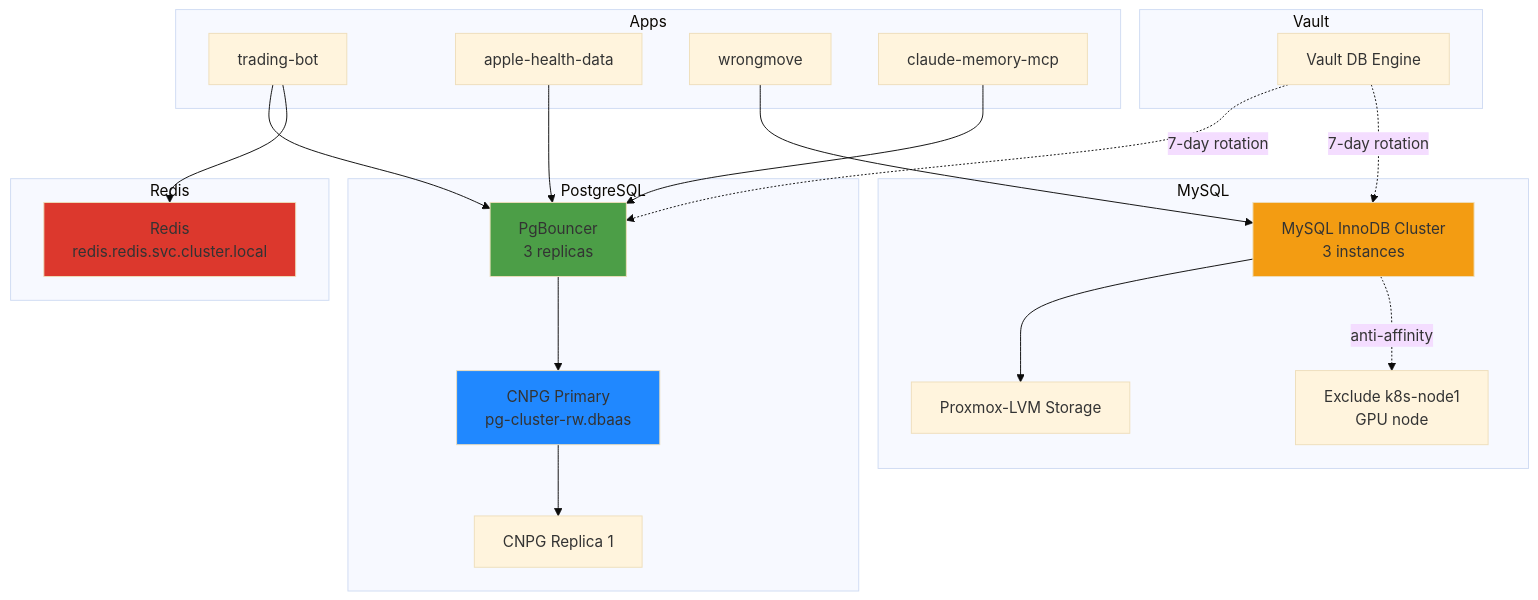
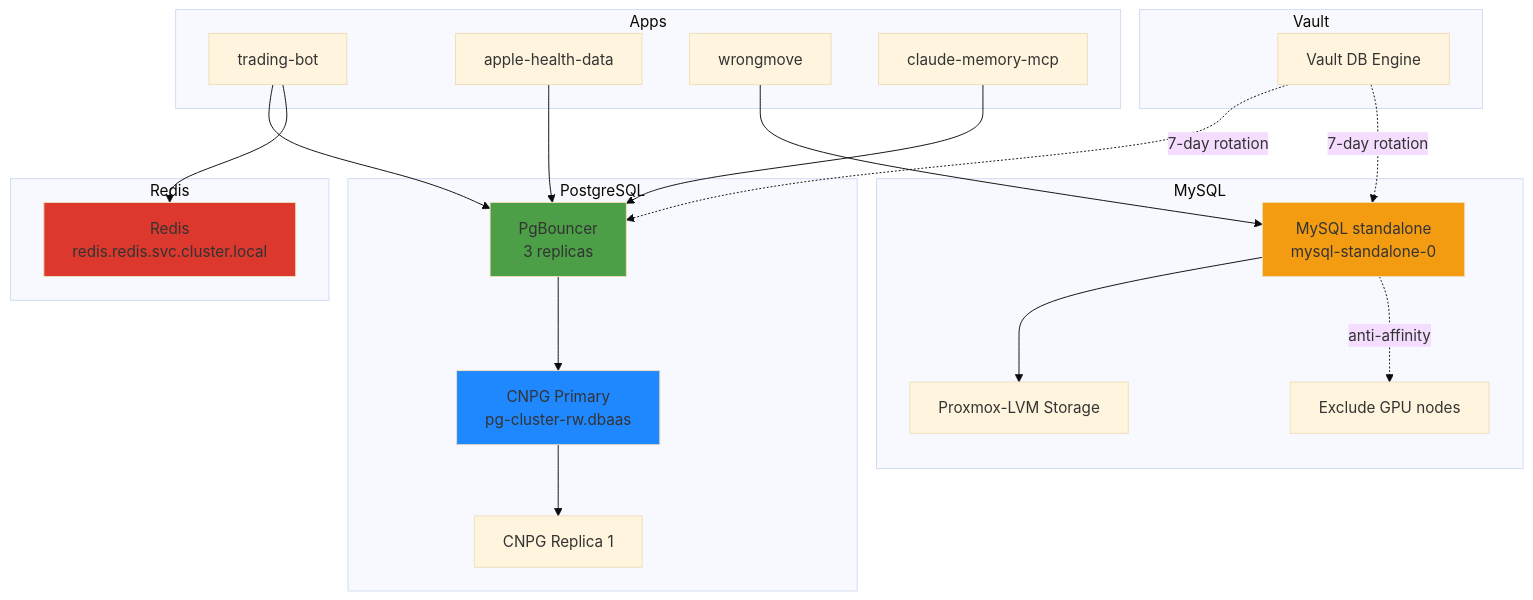
The diagram in docs/architecture/databases.md (ViktorBarzin/infra), drawn with Mermaid (base theme) before and after one commit. The commit also changed other lines of this file and 7 other files, not shown here.

First line of the commit message:
drone-logbook backup keeps its snapshot; dbaas MySQL comment and docs reflect the removed InnoDB Cluster

````diff
--- a/docs/architecture/databases.md
+++ b/docs/architecture/databases.md
@@ -9,38 +9,38 @@
 ```mermaid
 graph TB
     subgraph Apps
         A1[trading-bot]
         A2[apple-health-data]
         A3[wrongmove]
         A4[claude-memory-mcp]
     end
 
     subgraph PostgreSQL
         A1 --> PGB[PgBouncer<br/>3 replicas]
         A2 --> PGB
         A4 --> PGB
         PGB --> CNPG_RW[CNPG Primary<br/>pg-cluster-rw.dbaas]
         CNPG_RW --> CNPG_R1[CNPG Replica 1]
     end
 
     subgraph MySQL
-        A3 --> MYC[MySQL InnoDB Cluster<br/>3 instances]
+        A3 --> MYC[MySQL standalone<br/>mysql-standalone-0]
         MYC --> LVM1[Proxmox-LVM Storage]
-        MYC -.anti-affinity.-> NODE1[Exclude k8s-node1<br/>GPU node]
+        MYC -.anti-affinity.-> NODE1[Exclude GPU nodes]
     end
 
     subgraph Redis
         A1 --> RED[Redis<br/>redis.redis.svc.cluster.local]
     end
 
     subgraph Vault
         V[Vault DB Engine]
         V -.7-day rotation.-> PGB
         V -.7-day rotation.-> MYC
     end
 
     style CNPG_RW fill:#2088ff
     style PGB fill:#4c9e47
     style MYC fill:#f39c12
     style RED fill:#dc382d
 ```
````
